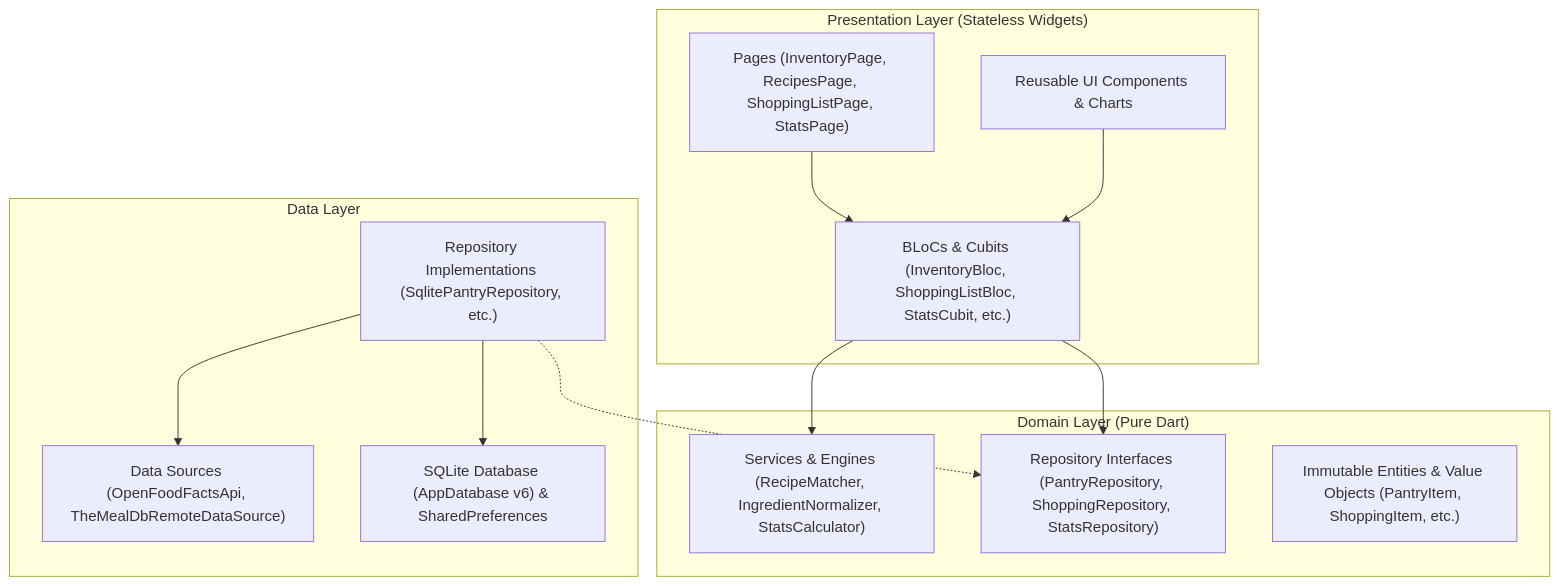
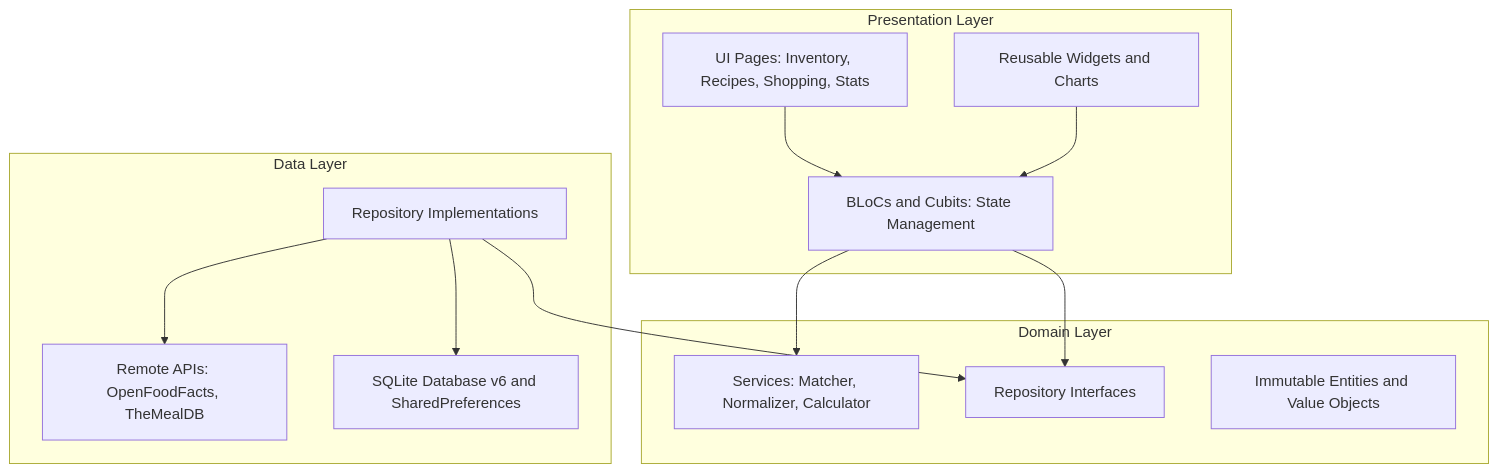
One commit to haadiyaa/pantry_pal changed the first of 2 diagrams in README.md. Above: the diagram before and after it, drawn with Mermaid. The commit also changed other lines of this file, not shown here.

Commit message:
docs: fix Mermaid syntax and replace LaTeX math tags with Unicode characters in README

````diff
--- a/README.md
+++ b/README.md
@@ -107,28 +107,28 @@
 ```mermaid
-flowchart TD
-    subgraph UI["Presentation Layer (Stateless Widgets)"]
-        Pages["Pages (InventoryPage, RecipesPage, ShoppingListPage, StatsPage)"]
-        Widgets["Reusable UI Components & Charts"]
-        Blocs["BLoCs & Cubits (InventoryBloc, ShoppingListBloc, StatsCubit, etc.)"]
+graph TD
+    subgraph UI ["Presentation Layer"]
+        Pages["UI Pages: Inventory, Recipes, Shopping, Stats"]
+        Widgets["Reusable Widgets and Charts"]
+        Blocs["BLoCs and Cubits: State Management"]
     end
 
-    subgraph Domain["Domain Layer (Pure Dart)"]
-        UseCases["Services & Engines (RecipeMatcher, IngredientNormalizer, StatsCalculator)"]
-        Contracts["Repository Interfaces (PantryRepository, ShoppingRepository, StatsRepository)"]
-        Models["Immutable Entities & Value Objects (PantryItem, ShoppingItem, etc.)"]
+    subgraph Domain ["Domain Layer"]
+        UseCases["Services: Matcher, Normalizer, Calculator"]
+        Contracts["Repository Interfaces"]
+        Models["Immutable Entities and Value Objects"]
     end
 
-    subgraph Data["Data Layer"]
-        RepoImpl["Repository Implementations (SqlitePantryRepository, etc.)"]
-        DataSources["Data Sources (OpenFoodFactsApi, TheMealDbRemoteDataSource)"]
-        LocalDB["SQLite Database (AppDatabase v6) & SharedPreferences"]
+    subgraph Data ["Data Layer"]
+        RepoImpl["Repository Implementations"]
+        DataSources["Remote APIs: OpenFoodFacts, TheMealDB"]
+        LocalDB["SQLite Database v6 and SharedPreferences"]
     end
 
     Pages --> Blocs
     Widgets --> Blocs
     Blocs --> Contracts
     Blocs --> UseCases
-    RepoImpl -.-> Contracts
+    RepoImpl --> Contracts
     RepoImpl --> LocalDB
     RepoImpl --> DataSources
 ```
````
